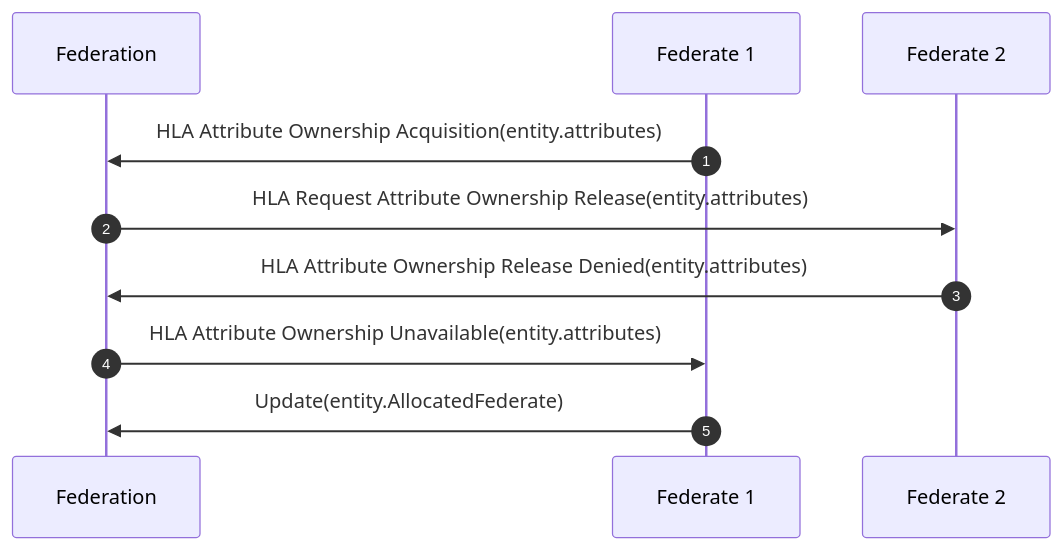
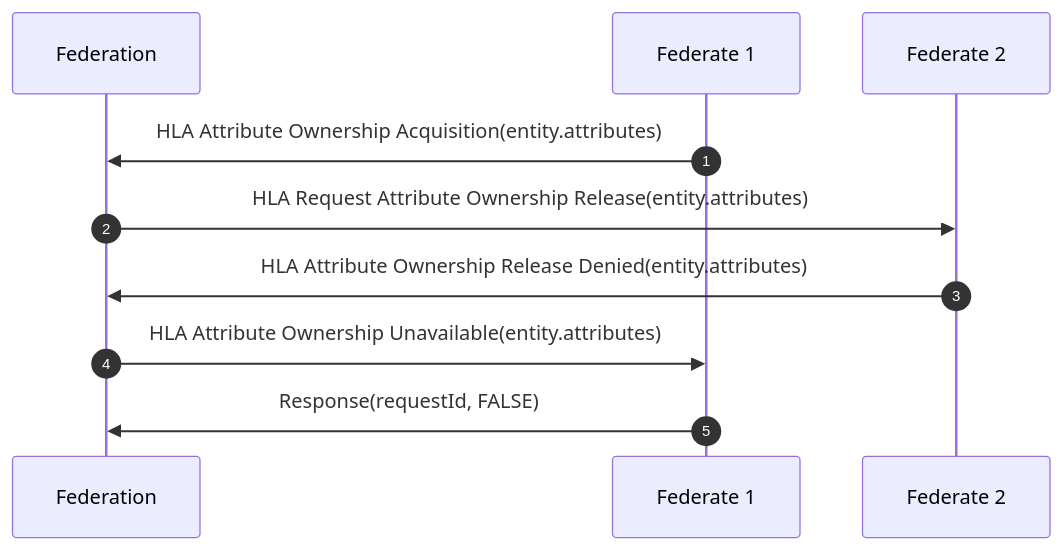
Before and after one commit to AMSP-04/NETN-TMR: the third of 5 diagrams in NETN-TMR.md, drawn with Mermaid. The commit also changed other lines of this file and 1 other file, not shown here.

````diff
--- a/NETN-TMR.md
+++ b/NETN-TMR.md
@@ -92,16 +91,16 @@
 ``` mermaid 
  
 sequenceDiagram
 participant Federation
 participant Federate 1
 participant Federate 2
 autonumber
 
 Federate 1->>Federation:HLA Attribute Ownership Acquisition(entity.attributes) 
 Federation->>Federate 2:HLA Request Attribute Ownership Release(entity.attributes) 
 Federate 2->>Federation:HLA Attribute Ownership Release Denied(entity.attributes) 
 Federation->>Federate 1:HLA Attribute Ownership Unavailable(entity.attributes) 
-Federate 1->>Federation:Update(entity.AllocatedFederate) 
+Federate 1->>Federation:Response(requestId, FALSE)
 
  
 ``` 
````
